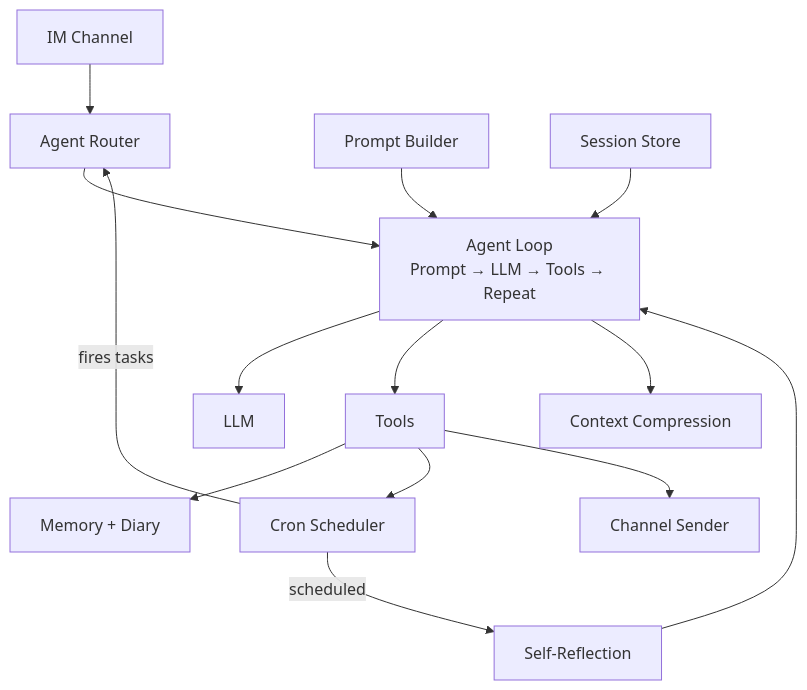
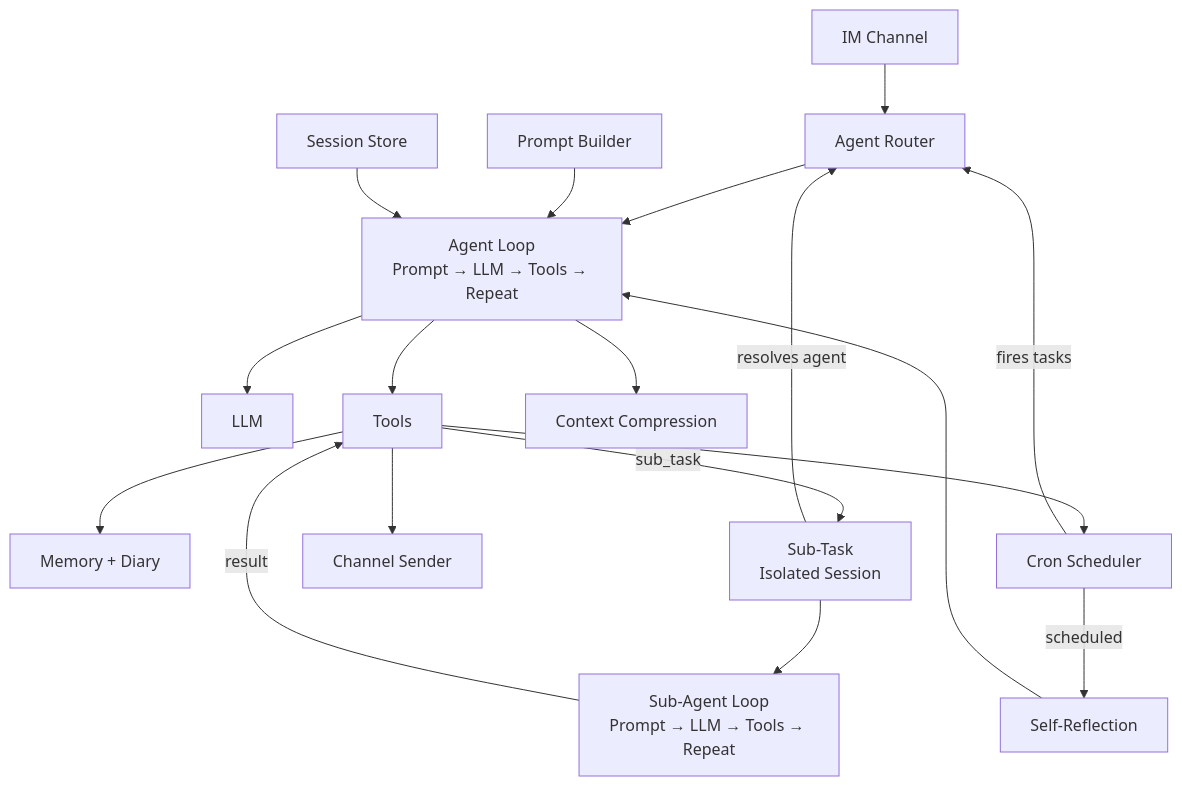
Before and after one commit to CzBiX/cyclaw: the diagram in README.md, drawn with Mermaid. The commit also changed other lines of this file, not shown here.

````diff
--- a/README.md
+++ b/README.md
@@ -8,16 +8,20 @@
 ```mermaid
 graph TD
     Channel["IM Channel"] --> Router["Agent Router"]
     Router --> Loop["Agent Loop<br/>Prompt → LLM → Tools → Repeat"]
     Loop --> LLM["LLM"]
     Loop --> Tools["Tools"]
     Loop --> Compress["Context Compression"]
     Tools --> Memory["Memory + Diary"]
     Tools --> Scheduler["Cron Scheduler"]
     Scheduler -->|"fires tasks"| Router
     Tools --> Sender["Channel Sender"]
+    Tools -->|"sub_task"| SubTask["Sub-Task<br/>Isolated Session"]
+    SubTask -->|"resolves agent"| Router
+    SubTask --> SubLoop["Sub-Agent Loop<br/>Prompt → LLM → Tools → Repeat"]
+    SubLoop -->|"result"| Tools
     Prompt["Prompt Builder"] --> Loop
     Sessions["Session Store"] --> Loop
     Scheduler -->|"scheduled"| Reflection["Self-Reflection"]
     Reflection --> Loop
 ```
````
